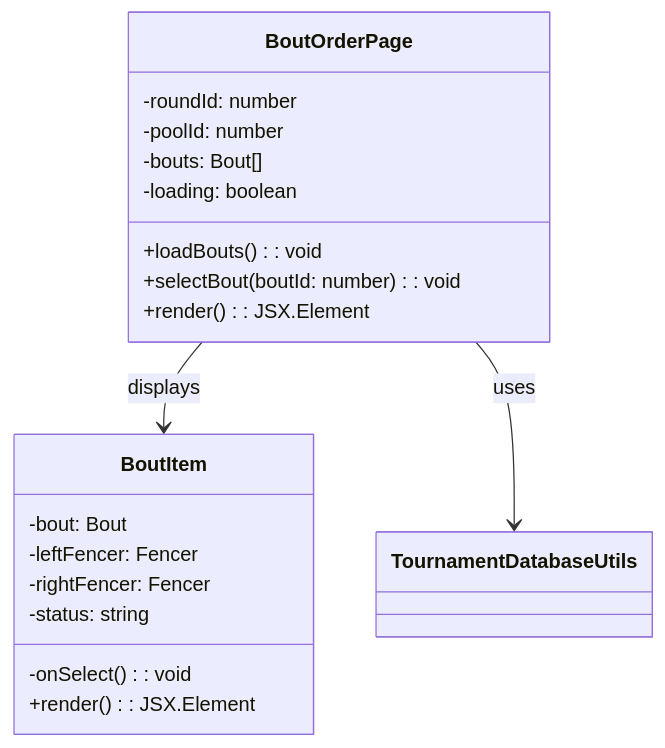
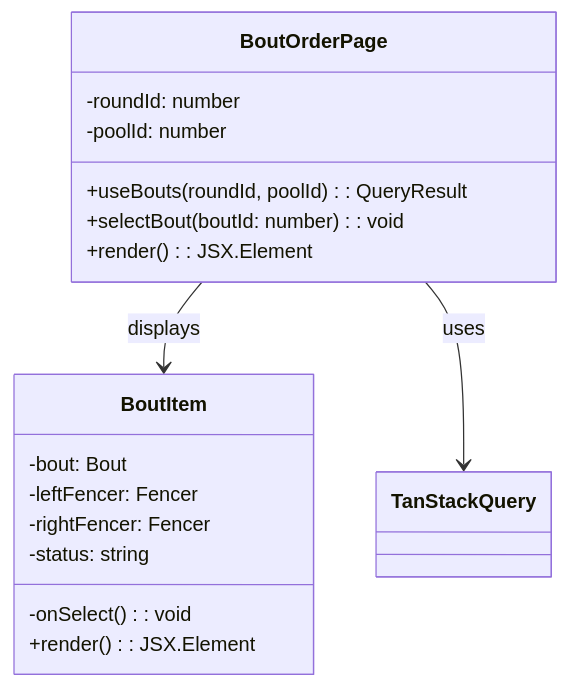
Before and after one commit to FencingSeniorDesign/client: diagram 32 of 38 in docs/Spring Quarter Deliverables/SDD.md, drawn with Mermaid. The commit also changed other lines of this file, not shown here.

````diff
--- a/docs/Spring Quarter Deliverables/SDD.md
+++ b/docs/Spring Quarter Deliverables/SDD.md
@@ -1420,24 +1508,22 @@
 ```mermaid
 classDiagram
     class BoutOrderPage {
         -roundId: number
         -poolId: number
-        -bouts: Bout[]
-        -loading: boolean
-        +loadBouts(): void
+        +useBouts(roundId, poolId): QueryResult
         +selectBout(boutId: number): void
         +render(): JSX.Element
     }
 
     class BoutItem {
         -bout: Bout
         -leftFencer: Fencer
         -rightFencer: Fencer
         -status: string
         -onSelect(): void
         +render(): JSX.Element
     }
 
     BoutOrderPage --> BoutItem: displays
-    BoutOrderPage --> TournamentDatabaseUtils: uses
+    BoutOrderPage --> TanStackQuery: uses
 ```
````
